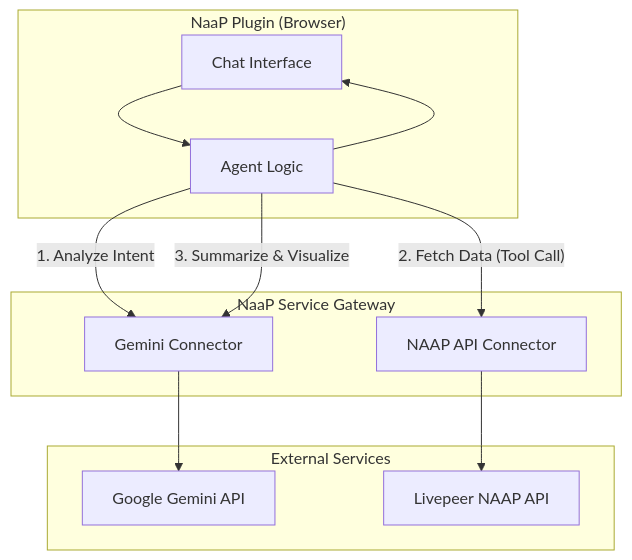
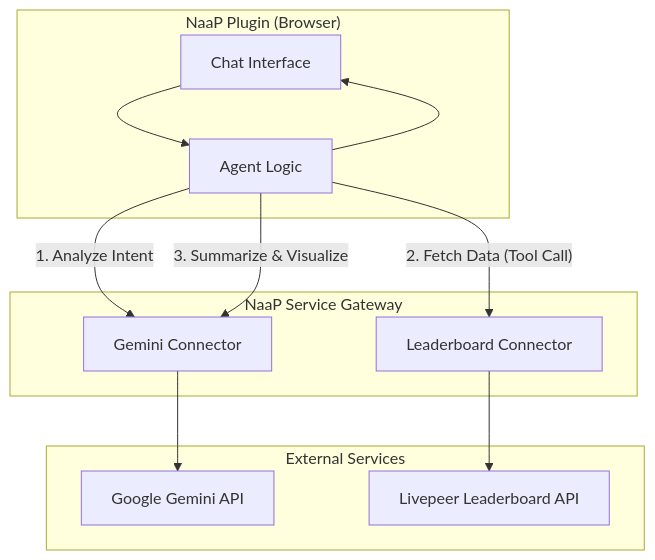
One commit to livepeer/naap changed the diagram in docs/tutorial-intelligent-analytics-agent.md. Above: the diagram before and after it, drawn with Mermaid. The commit also changed other lines of this file and 41 other files, not shown here.

````diff
--- a/docs/tutorial-intelligent-analytics-agent.md
+++ b/docs/tutorial-intelligent-analytics-agent.md
@@ -13,23 +13,23 @@
 ```mermaid
 graph TD
     subgraph "NaaP Plugin (Browser)"
         UI[Chat Interface]
         Agent[Agent Logic]
     end
 
     subgraph "NaaP Service Gateway"
         GW_Gemini[Gemini Connector]
-        GW_LB[NAAP API Connector]
+        GW_LB[Leaderboard Connector]
     end
 
     subgraph "External Services"
         Gemini[Google Gemini API]
-        LB[Livepeer NAAP API]
+        LB[Livepeer Leaderboard API]
     end
 
     UI --> Agent
     Agent -- "1. Analyze Intent" --> GW_Gemini --> Gemini
     Agent -- "2. Fetch Data (Tool Call)" --> GW_LB --> LB
     Agent -- "3. Summarize & Visualize" --> GW_Gemini
     Agent --> UI
 ```
````
